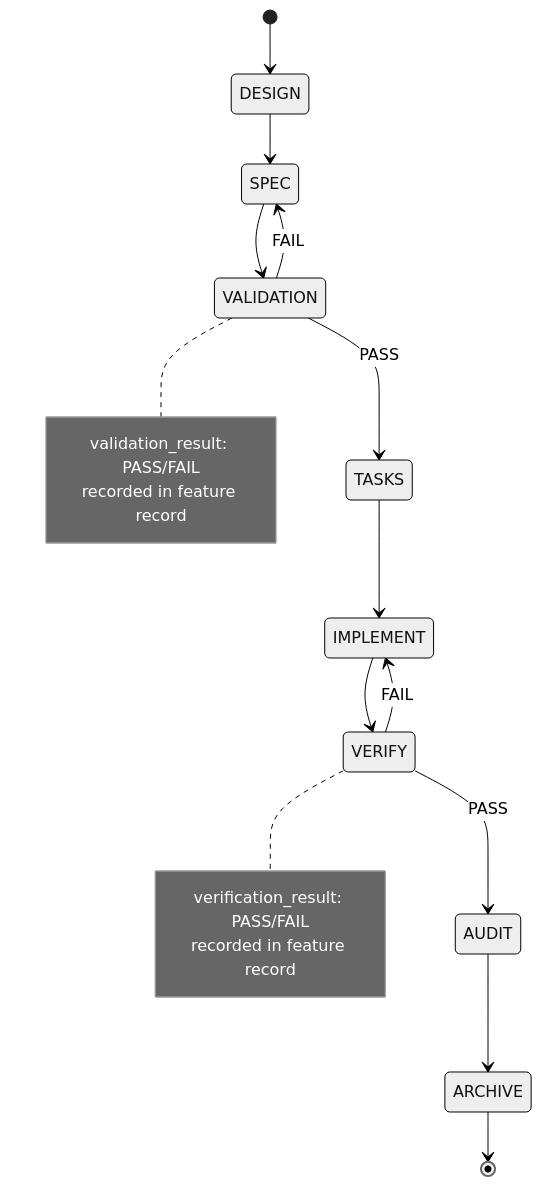
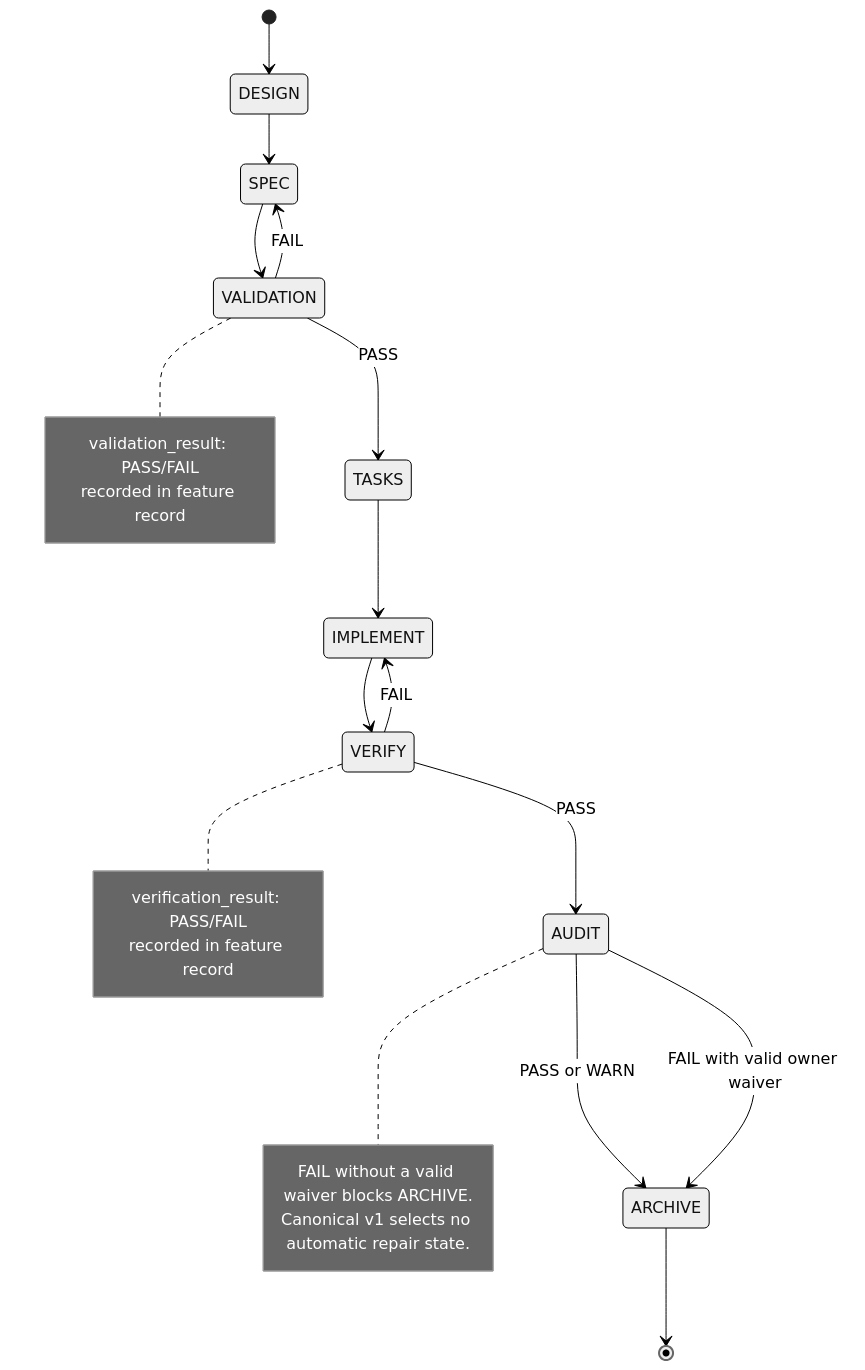
Before and after one commit to magronxo/sdd-framework: the fifth of 6 diagrams in docs/SDD_PIPELINE_VISUAL.md, drawn with Mermaid (neutral theme). The commit also changed other lines of this file and 30 other files, not shown here.

````diff
--- a/docs/SDD_PIPELINE_VISUAL.md
+++ b/docs/SDD_PIPELINE_VISUAL.md
@@ -156,28 +158,33 @@
 ```mermaid
 stateDiagram-v2
     [*] --> DESIGN
     DESIGN --> SPEC
     SPEC --> VALIDATION
 
     VALIDATION --> TASKS: PASS
     VALIDATION --> SPEC: FAIL
 
     TASKS --> IMPLEMENT
     IMPLEMENT --> VERIFY
 
     VERIFY --> AUDIT: PASS
     VERIFY --> IMPLEMENT: FAIL
 
-    AUDIT --> ARCHIVE
+    AUDIT --> ARCHIVE: PASS or WARN
+    AUDIT --> ARCHIVE: FAIL with valid owner waiver
+    note right of AUDIT
+        FAIL without a valid waiver blocks ARCHIVE.
+        Canonical v1 selects no automatic repair state.
+    end note
     ARCHIVE --> [*]
 
     note right of VALIDATION
         validation_result: PASS/FAIL
         recorded in feature record
     end note
 
     note right of VERIFY
         verification_result: PASS/FAIL
         recorded in feature record
     end note
 ```
````
